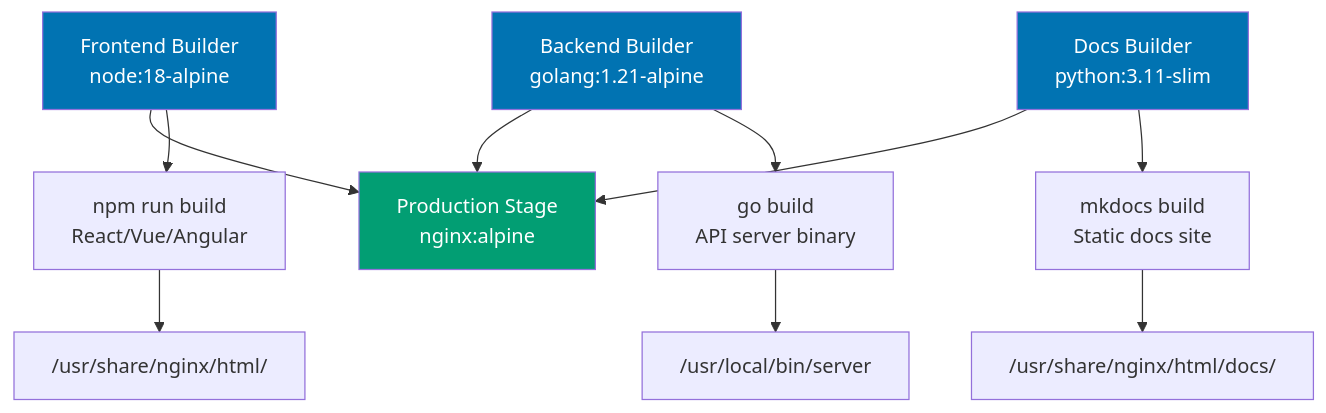
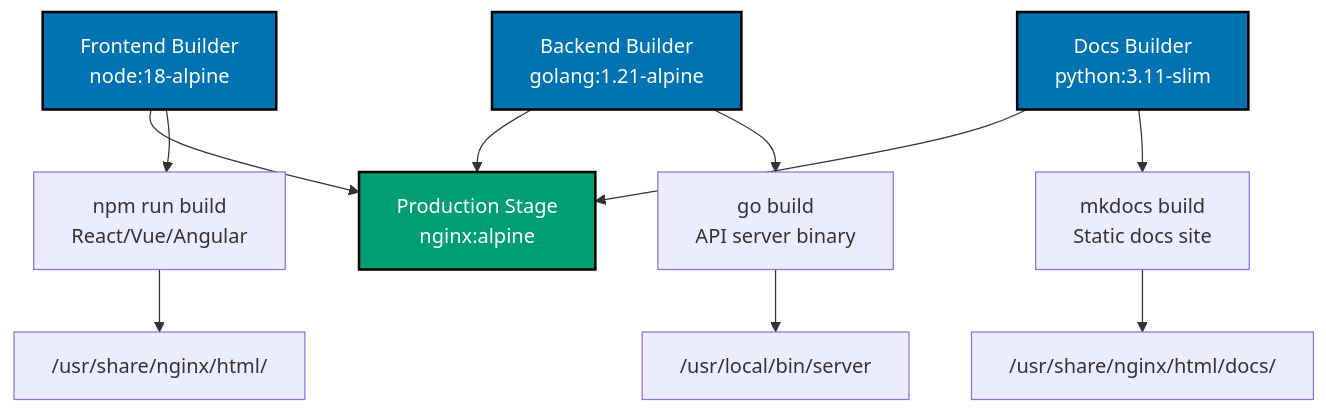
One commit to wahidyankf/open-sharia-enterprise changed the second of 11 diagrams in apps/ayokoding-web/content/en/learn/software-engineering/infrastructure/tools/docker/by-example/intermediate.md. Above: the diagram before and after it, drawn with Mermaid. The commit also changed other lines of this file and 25 other files, not shown here.

````diff
--- a/apps/ayokoding-web/content/en/learn/software-engineering/infrastructure/tools/docker/by-example/intermediate.md
+++ b/apps/ayokoding-web/content/en/learn/software-engineering/infrastructure/tools/docker/by-example/intermediate.md
@@ -253,18 +254,19 @@
 ```mermaid
+%% Color Palette: Blue #0173B2, Orange #DE8F05, Teal #029E73, Purple #CC78BC, Brown #CA9161
 %% Polyglot multi-stage build
 graph TD
  A["Frontend Builder<br/>node:18-alpine"] --> D["Production Stage<br/>nginx:alpine"]
  B["Backend Builder<br/>golang:1.21-alpine"] --> D
  C["Docs Builder<br/>python:3.11-slim"] --> D
  A --> A1["npm run build<br/>React/Vue/Angular"]
  B --> B1["go build<br/>API server binary"]
  C --> C1["mkdocs build<br/>Static docs site"]
  A1 --> D1["/usr/share/nginx/html/"]
  B1 --> D2["/usr/local/bin/server"]
  C1 --> D3["/usr/share/nginx/html/docs/"]
 
- style A fill:#0173B2,color:#fff
- style B fill:#0173B2,color:#fff
- style C fill:#0173B2,color:#fff
- style D fill:#029E73,color:#fff
+ style A fill:#0173B2,stroke:#000000,stroke-width:2px,color:#fff
+ style B fill:#0173B2,stroke:#000000,stroke-width:2px,color:#fff
+ style C fill:#0173B2,stroke:#000000,stroke-width:2px,color:#fff
+ style D fill:#029E73,stroke:#000000,stroke-width:2px,color:#fff
 ```
````
